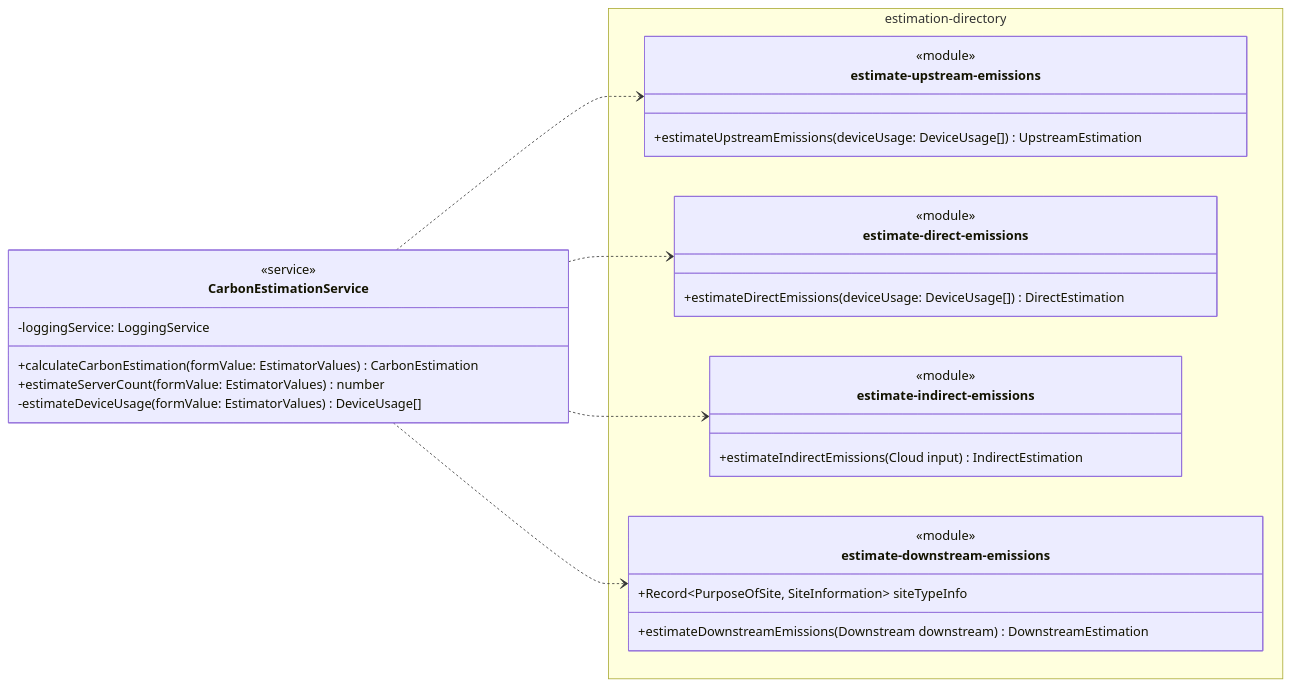
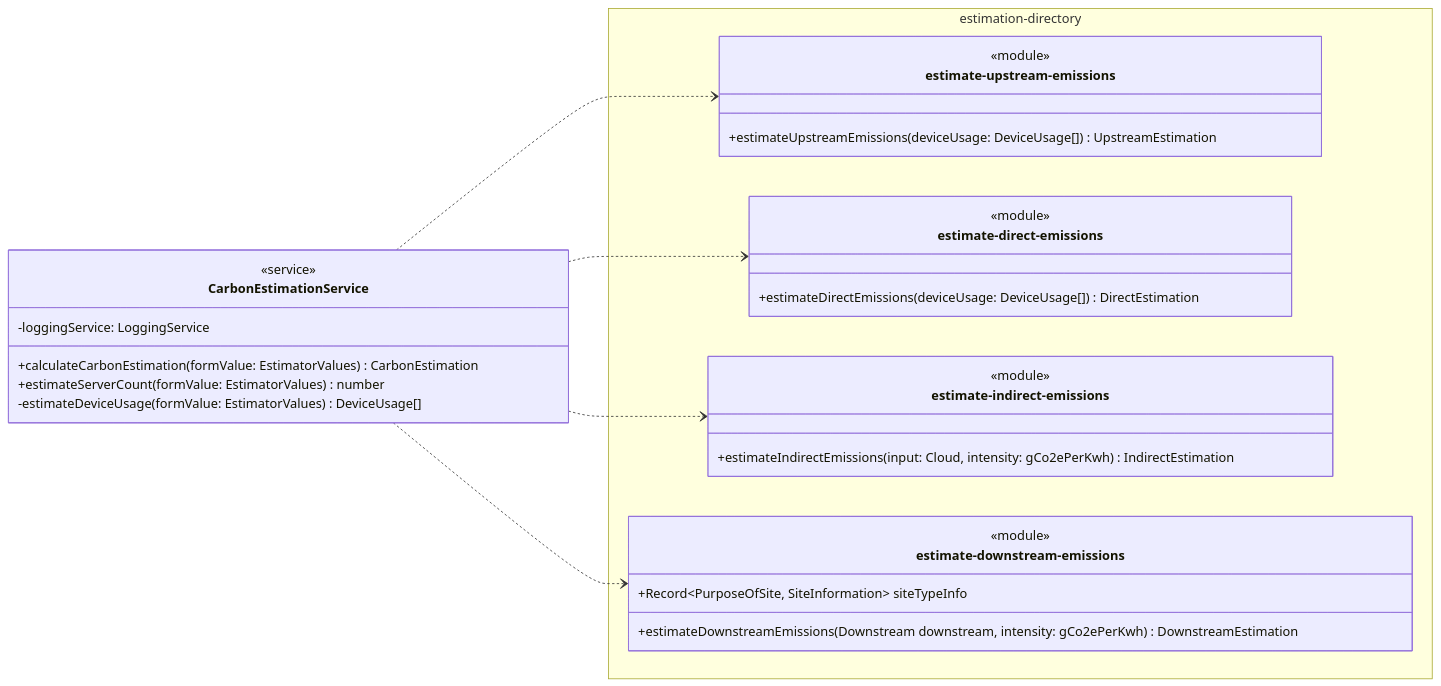
The second of 2 diagrams in docs/services.md (ScottLogic/sl-tech-carbon-estimator), drawn with Mermaid before and after one commit. The commit also changed other lines of this file and 15 other files, not shown here.

````diff
--- a/docs/services.md
+++ b/docs/services.md
@@ -36,39 +44,39 @@
 ```mermaid
 classDiagram
   direction LR
   class CarbonEstimationService{
     <<service>>
     -loggingService: LoggingService 
     +calculateCarbonEstimation(formValue: EstimatorValues) CarbonEstimation
     +estimateServerCount(formValue: EstimatorValues) number
     -estimateDeviceUsage(formValue: EstimatorValues) DeviceUsage[]
   }
 
   namespace estimation-directory {
     class estimate-upstream-emissions{
       <<module>>
       +estimateUpstreamEmissions(deviceUsage: DeviceUsage[]) UpstreamEstimation
     }
 
     class estimate-direct-emissions{
       <<module>>
       +estimateDirectEmissions(deviceUsage: DeviceUsage[]) DirectEstimation
     }
 
     class estimate-indirect-emissions{
       <<module>>
-      +estimateIndirectEmissions(Cloud input) IndirectEstimation
+      +estimateIndirectEmissions(input: Cloud, intensity: gCo2ePerKwh) IndirectEstimation
     }
 
     class estimate-downstream-emissions{
       <<module>>
       +Record~PurposeOfSite, SiteInformation~ siteTypeInfo
-      +estimateDownstreamEmissions(Downstream downstream) DownstreamEstimation
+      +estimateDownstreamEmissions(Downstream downstream, intensity: gCo2ePerKwh) DownstreamEstimation
     }
   }
 
   CarbonEstimationService ..> estimate-upstream-emissions
   CarbonEstimationService ..> estimate-direct-emissions
   CarbonEstimationService ..> estimate-indirect-emissions
   CarbonEstimationService ..> estimate-downstream-emissions
 ```
````
